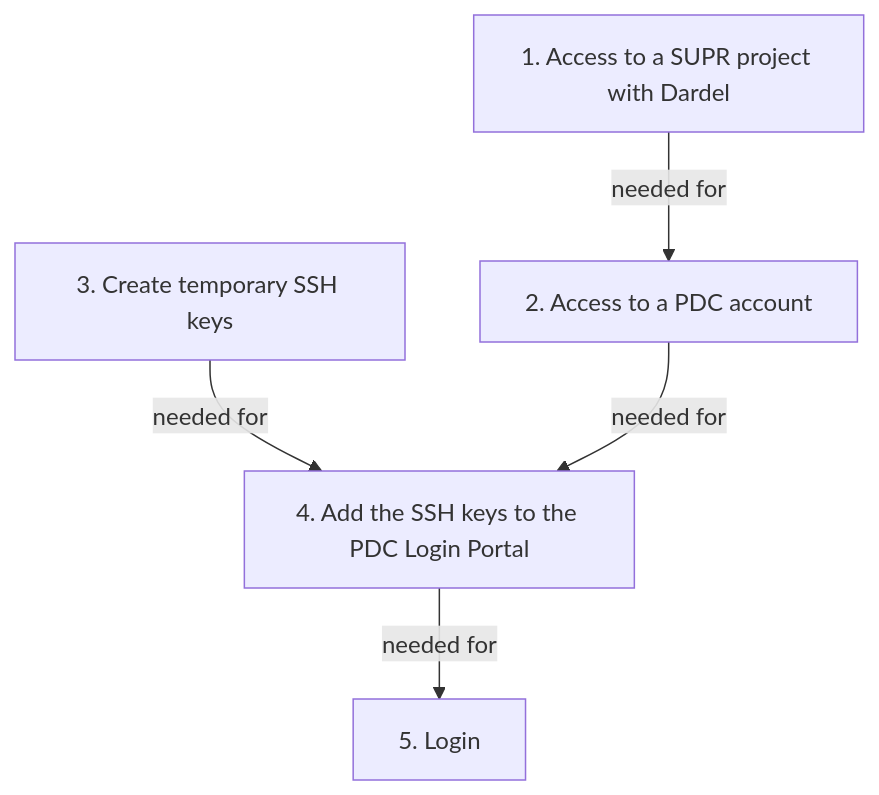
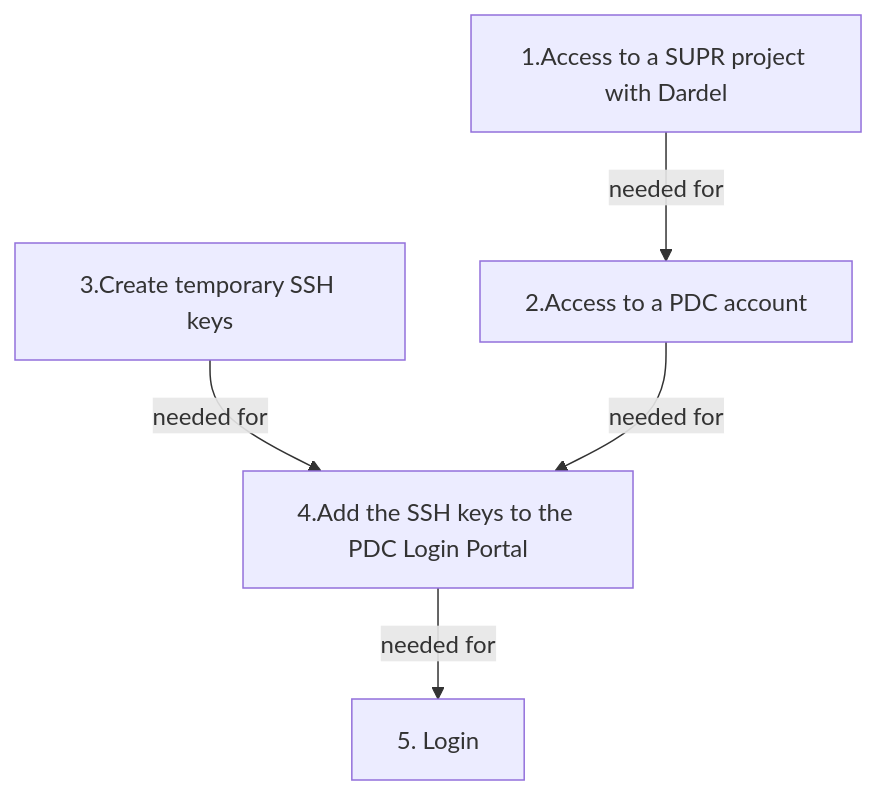
The diagram in docs/getting_started/login_dardel.md (UPPMAX/UPPMAX-documentation), drawn with Mermaid before and after one commit.

Commit message:
Fix markdown

````diff
--- a/docs/getting_started/login_dardel.md
+++ b/docs/getting_started/login_dardel.md
@@ -22,14 +22,14 @@
 ```mermaid
 flowchart TD
-  get_supr_project[1. Access to a SUPR project with Dardel]
-  get_pdc_account[2. Access to a PDC account]
-  create_ssh_key[3. Create temporary SSH keys]
-  add_ssh_key[4. Add the SSH keys to the PDC Login Portal]
+  get_supr_project[1.Access to a SUPR project with Dardel]
+  get_pdc_account[2.Access to a PDC account]
+  create_ssh_key[3.Create temporary SSH keys]
+  add_ssh_key[4.Add the SSH keys to the PDC Login Portal]
   login[5. Login]
 
   get_supr_project --> |needed for| get_pdc_account
 
   create_ssh_key --> |needed for| add_ssh_key
   get_pdc_account --> |needed for| add_ssh_key
   add_ssh_key --> |needed for| login
 ```
````
